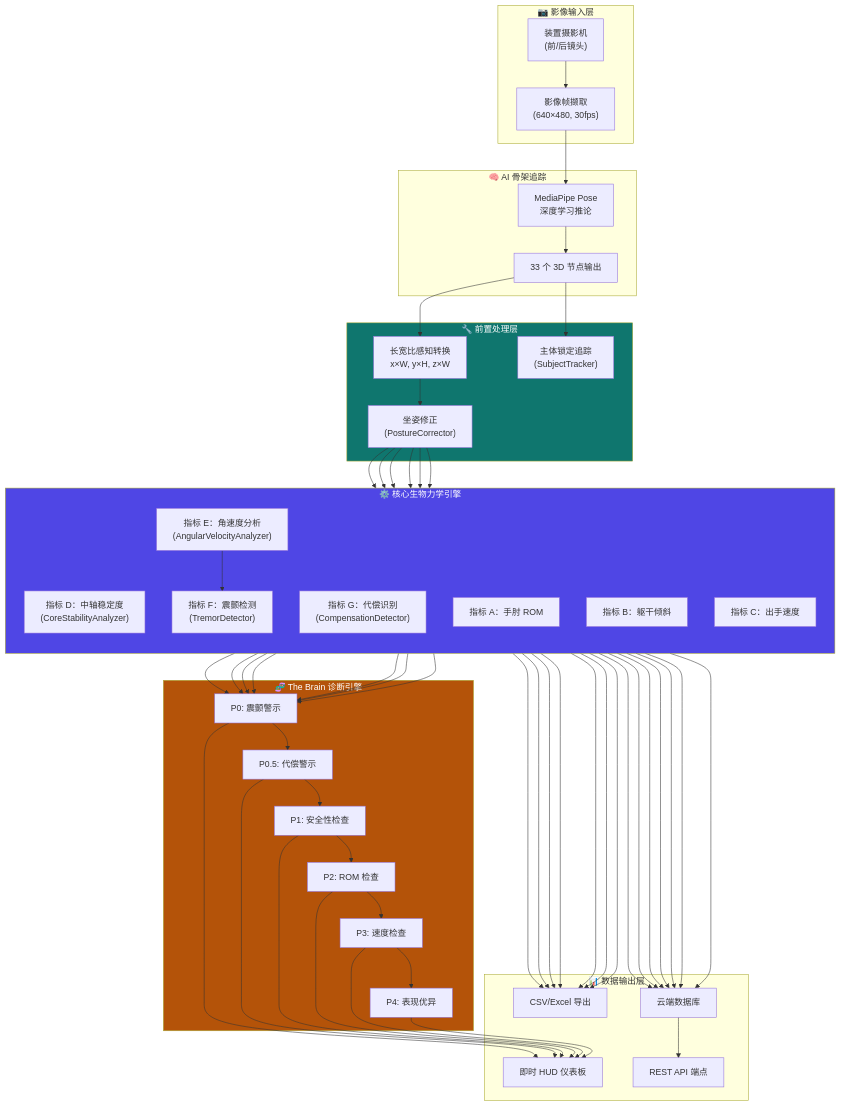
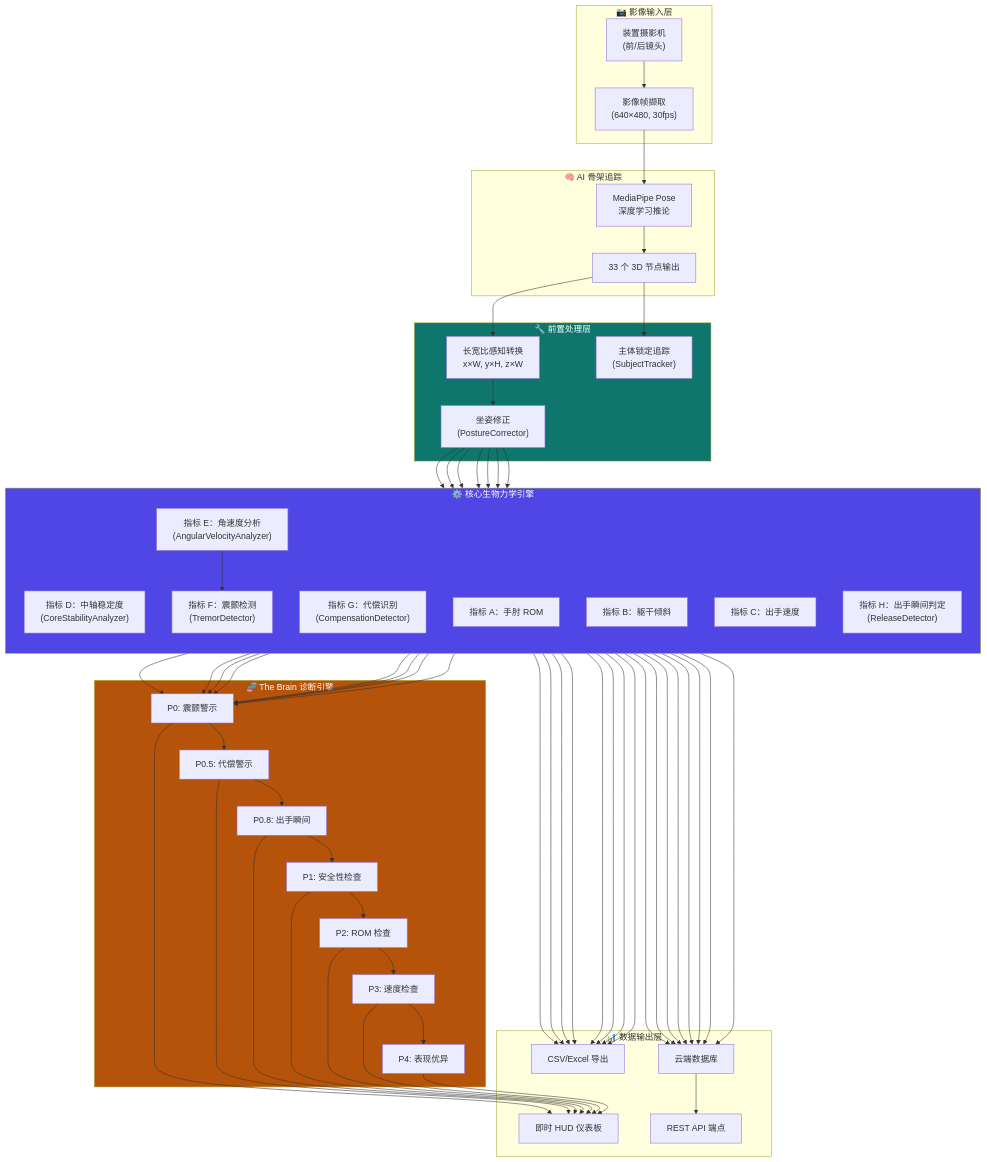
Before and after one commit to secrects2/Daoli2026: the diagram in floor-curling-app/docs/technical_whitepaper.md, drawn with Mermaid. The commit also changed other lines of this file and 1 other file, not shown here.

Commit message:
chore: 同步更新技術白皮書、專利實作計畫與文檔

````diff
--- a/floor-curling-app/docs/technical_whitepaper.md
+++ b/floor-curling-app/docs/technical_whitepaper.md
@@ -11,60 +11,62 @@
 ```mermaid
 graph TB
     subgraph INPUT["📷 影像输入层"]
         CAM["装置摄影机<br/>(前/后镜头)"]
         FRAME["影像帧撷取<br/>(640×480, 30fps)"]
     end
 
     subgraph AI["🧠 AI 骨架追踪"]
         MP["MediaPipe Pose<br/>深度学习推论"]
         LM["33 个 3D 节点输出"]
     end
 
     subgraph PREPROCESS["🔧 前置处理层"]
         AR["长宽比感知转换<br/>x×W, y×H, z×W"]
         ST["主体锁定追踪<br/>(SubjectTracker)"]
         PC["坐姿修正<br/>(PostureCorrector)"]
     end
 
     subgraph CORE["⚙️ 核心生物力学引擎"]
         direction TB
         CS["指标 D：中轴稳定度<br/>(CoreStabilityAnalyzer)"]
         AV["指标 E：角速度分析<br/>(AngularVelocityAnalyzer)"]
         TD["指标 F：震颤检测<br/>(TremorDetector)"]
         CD["指标 G：代偿识别<br/>(CompensationDetector)"]
         ROM["指标 A：手肘 ROM"]
         TRUNK["指标 B：躯干倾斜"]
         VEL["指标 C：出手速度"]
+        REL["指标 H：出手瞬间判定<br/>(ReleaseDetector)"]
     end
 
     subgraph BRAIN["🧬 The Brain 诊断引擎"]
         R0["P0: 震颤警示"]
         R05["P0.5: 代偿警示"]
+        R08["P0.8: 出手瞬间"]
         R1["P1: 安全性检查"]
         R2["P2: ROM 检查"]
         R3["P3: 速度检查"]
         R4["P4: 表现优异"]
     end
 
     subgraph OUTPUT["📊 数据输出层"]
         HUD["即时 HUD 仪表板"]
         EXPORT["CSV/Excel 导出"]
         DB["云端数据库"]
         API["REST API 端点"]
     end
 
     CAM --> FRAME --> MP --> LM
     LM --> AR & ST
     AR --> PC
-    PC --> CS & AV & CD & ROM & TRUNK & VEL
+    PC --> CS & AV & CD & ROM & TRUNK & VEL & REL
     AV --> TD
-    CS & AV & TD & CD & ROM & TRUNK & VEL --> R0
-    R0 --> R05 --> R1 --> R2 --> R3 --> R4
-    R0 & R05 & R1 & R2 & R3 & R4 --> HUD
-    CS & AV & TD & CD & ROM & TRUNK & VEL --> EXPORT & DB
+    CS & AV & TD & CD & ROM & TRUNK & VEL & REL --> R0
+    R0 --> R05 --> R08 --> R1 --> R2 --> R3 --> R4
+    R0 & R05 & R08 & R1 & R2 & R3 & R4 --> HUD
+    CS & AV & TD & CD & ROM & TRUNK & VEL & REL --> EXPORT & DB
     DB --> API
 
     style CORE fill:#4F46E5,color:#fff
     style BRAIN fill:#B45309,color:#fff
     style PREPROCESS fill:#0F766E,color:#fff
 ```
````
